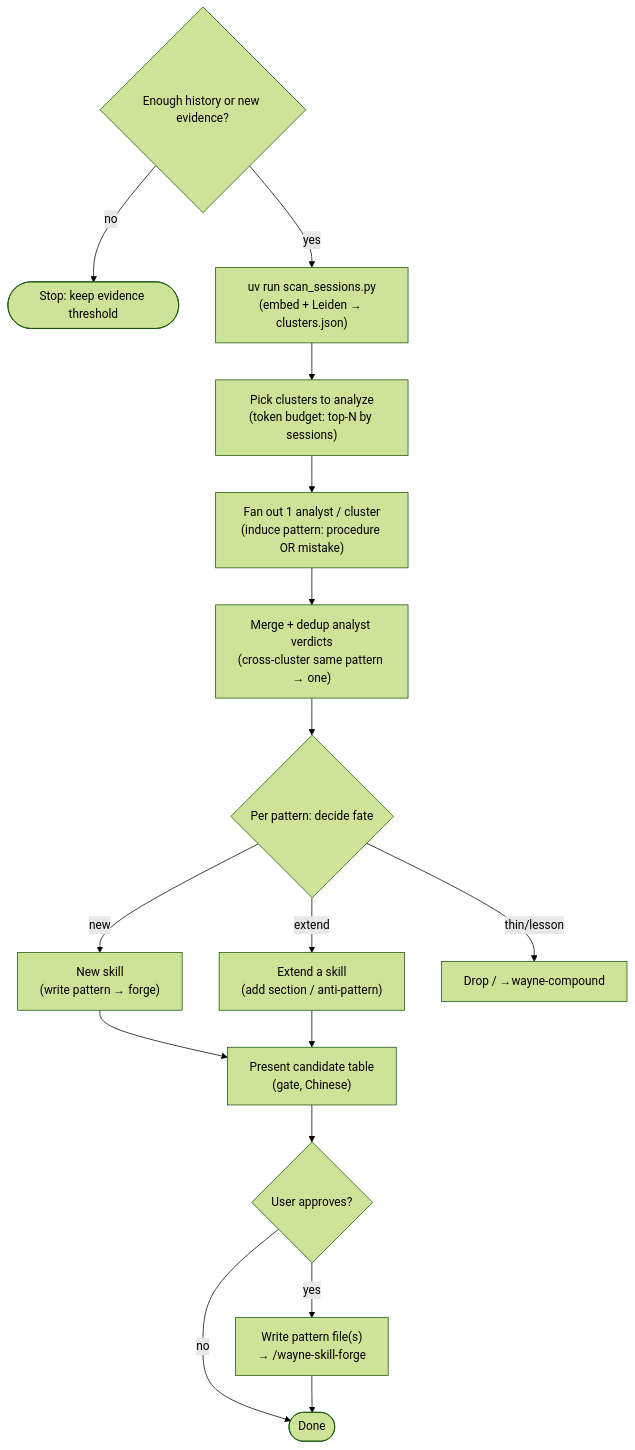
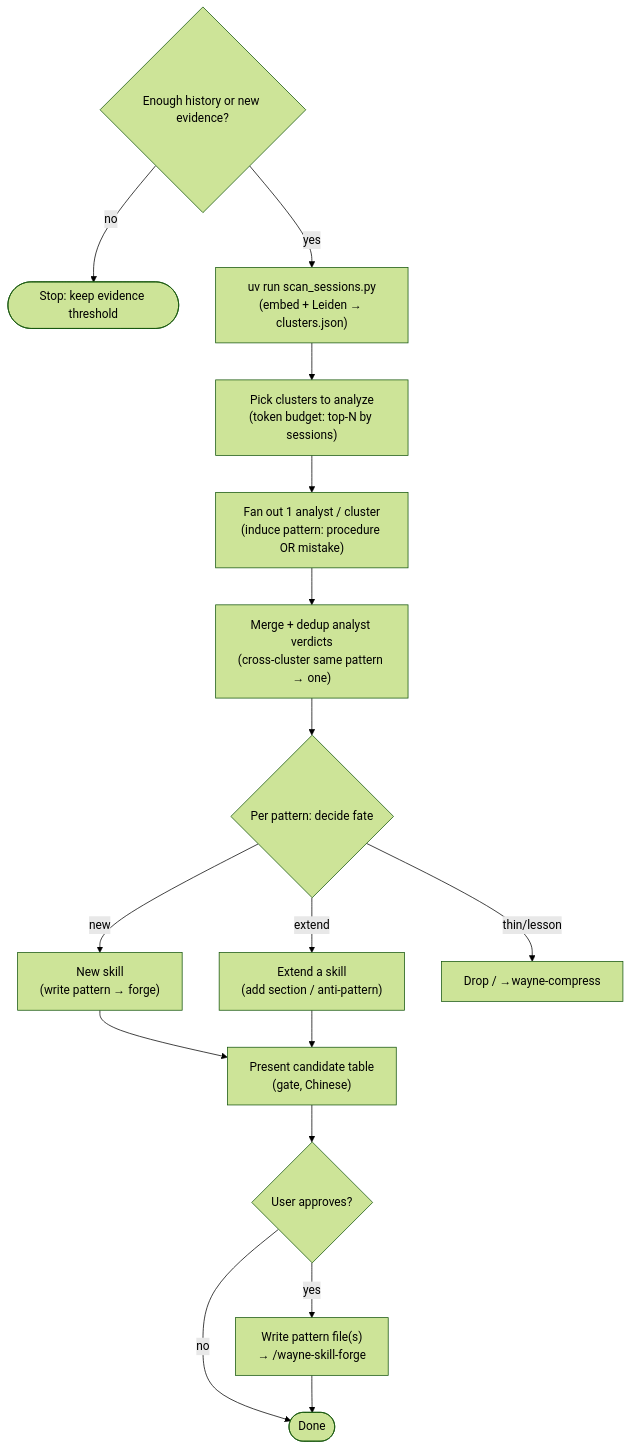
One commit to waynejing995/wayne-taste changed the diagram in wayne-distill/SKILL.md. Above: the diagram before and after it, drawn with Mermaid (forest theme). The commit also changed other lines of this file and 21 other files, not shown here.

First line of the commit message:
feat:/context-model - context init and compress replace compound

````diff
--- a/wayne-distill/SKILL.md
+++ b/wayne-distill/SKILL.md
@@ -42,33 +42,33 @@
 ```mermaid
 flowchart TB
     A{"Enough history or new evidence?"}
     X(["Stop: keep evidence threshold"])
     B["uv run scan_sessions.py<br/>(embed + Leiden → clusters.json)"]
     C["Pick clusters to analyze<br/>(token budget: top-N by sessions)"]
     D["Fan out 1 analyst / cluster<br/>(induce pattern: procedure OR mistake)"]
     E["Merge + dedup analyst verdicts<br/>(cross-cluster same pattern → one)"]
     F{"Per pattern: decide fate"}
     G["New skill<br/>(write pattern → forge)"]
     H["Extend a skill<br/>(add section / anti-pattern)"]
-    I["Drop / →wayne-compound"]
+    I["Drop / →wayne-compress"]
     J["Present candidate table<br/>(gate, Chinese)"]
     K{"User approves?"}
     L["Write pattern file(s)<br/>→ /wayne-skill-forge"]
     Z(["Done"])
 
     A -->|"no"| X
     A -->|"yes"| B
     B --> C
     C --> D
     D --> E
     E --> F
     F -->|"new"| G
     F -->|"extend"| H
     F -->|"thin/lesson"| I
     G --> J
     H --> J
     J --> K
     K -->|"yes"| L
     K -->|"no"| Z
     L --> Z
 ```
````
